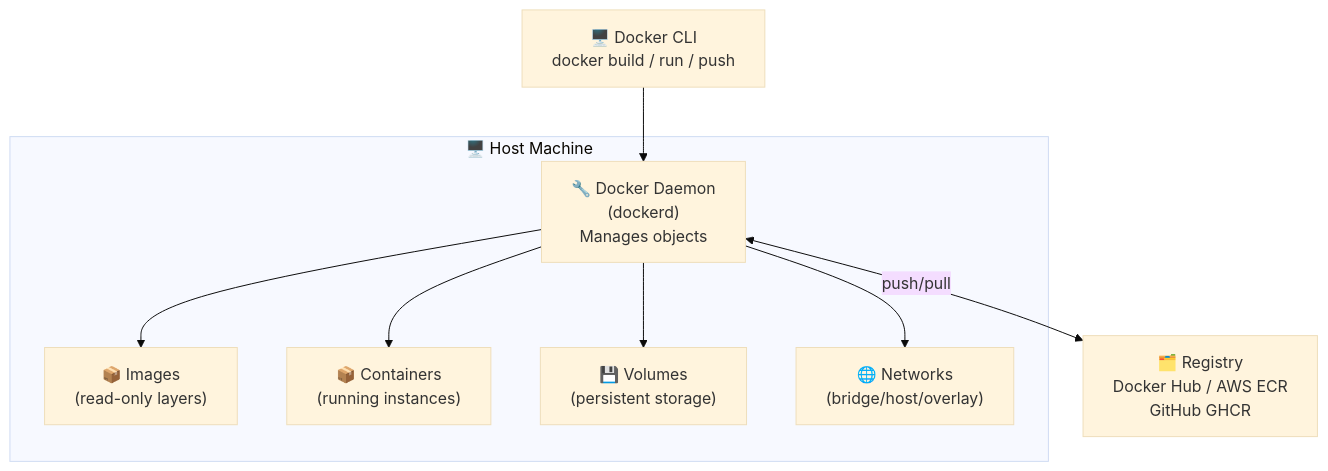
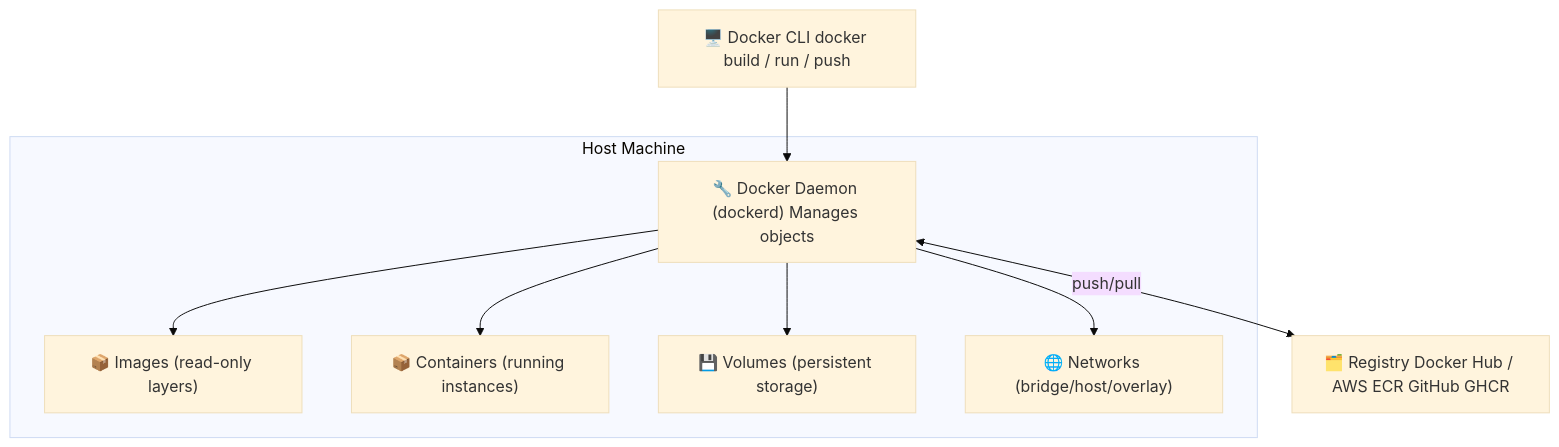
Before and after one commit to naveenkumar1661997/notes: the first of 2 diagrams in docker.md, drawn with Mermaid (base theme). The commit also changed other lines of this file and 12 other files, not shown here.

```diff
--- a/docker.md
+++ b/docker.md
@@ -33,19 +33,19 @@
 <pre class="mermaid">
 flowchart TD
-    CLI["🖥️ Docker CLI\ndocker build / run / push"] --> DAEMON["🔧 Docker Daemon\n(dockerd)\nManages objects"]
+    CLI["🖥️ Docker CLI docker build / run / push"] --> DAEMON["🔧 Docker Daemon (dockerd) Manages objects"]
 
-    DAEMON --> IMAGES["📦 Images\n(read-only layers)"]
-    DAEMON --> CONT["📦 Containers\n(running instances)"]
-    DAEMON --> VOL["💾 Volumes\n(persistent storage)"]
-    DAEMON --> NET["🌐 Networks\n(bridge/host/overlay)"]
+    DAEMON --> IMAGES["📦 Images (read-only layers)"]
+    DAEMON --> CONT["📦 Containers (running instances)"]
+    DAEMON --> VOL["💾 Volumes (persistent storage)"]
+    DAEMON --> NET["🌐 Networks (bridge/host/overlay)"]
 
-    DAEMON <-->|push/pull| REG["🗂️ Registry\nDocker Hub / AWS ECR\nGitHub GHCR"]
+    DAEMON <-->|push/pull| REG["🗂️ Registry Docker Hub / AWS ECR GitHub GHCR"]
 
-    subgraph HOST["🖥️ Host Machine"]
+    subgraph HOST["Host Machine"]
         DAEMON
         IMAGES
         CONT
         VOL
         NET
     end
 </pre>
```
